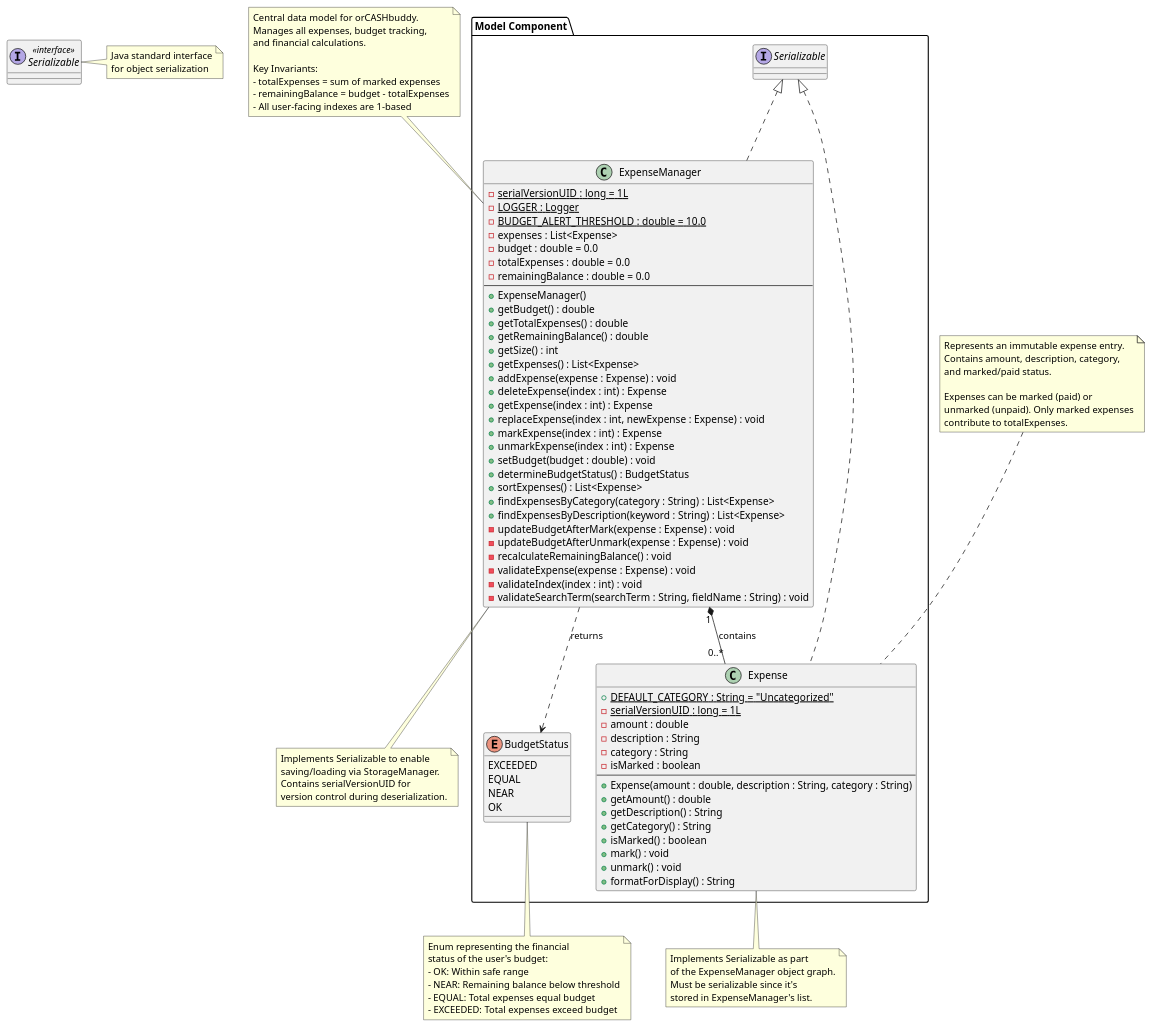
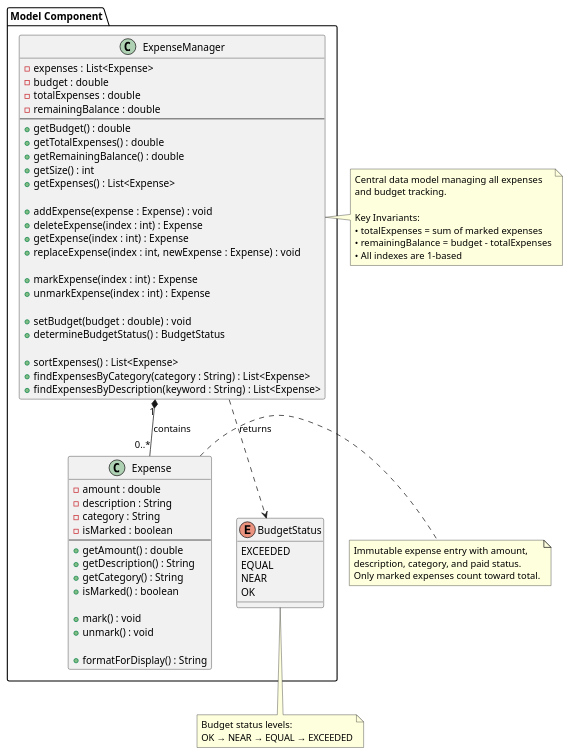
The diagram in docs/diagrams/model-component-class.puml (aydrienlaw/tp), drawn with PlantUML before and after one commit.

Commit message:
docs(developer-guide): refine model component class diagram

```diff
--- a/docs/diagrams/model-component-class.puml
+++ b/docs/diagrams/model-component-class.puml
@@ -1,119 +1,82 @@
 @startuml
 
-interface Serializable <<interface>> {
-}
-
 package "Model Component" {
-    class ExpenseManager implements Serializable {
-        - {static} serialVersionUID : long = 1L
-        - {static} LOGGER : Logger
-        - {static} BUDGET_ALERT_THRESHOLD : double = 10.0
+    class ExpenseManager {
         - expenses : List<Expense>
-        - budget : double = 0.0
-        - totalExpenses : double = 0.0
-        - remainingBalance : double = 0.0
+        - budget : double
+        - totalExpenses : double
+        - remainingBalance : double
         --
-        + ExpenseManager()
         + getBudget() : double
         + getTotalExpenses() : double
         + getRemainingBalance() : double
         + getSize() : int
         + getExpenses() : List<Expense>
+
         + addExpense(expense : Expense) : void
         + deleteExpense(index : int) : Expense
         + getExpense(index : int) : Expense
         + replaceExpense(index : int, newExpense : Expense) : void
+
         + markExpense(index : int) : Expense
         + unmarkExpense(index : int) : Expense
+
         + setBudget(budget : double) : void
         + determineBudgetStatus() : BudgetStatus
+
         + sortExpenses() : List<Expense>
         + findExpensesByCategory(category : String) : List<Expense>
         + findExpensesByDescription(keyword : String) : List<Expense>
-        - updateBudgetAfterMark(expense : Expense) : void
-        - updateBudgetAfterUnmark(expense : Expense) : void
-        - recalculateRemainingBalance() : void
-        - validateExpense(expense : Expense) : void
-        - validateIndex(index : int) : void
-        - validateSearchTerm(searchTerm : String, fieldName : String) : void
     }
 
-    class Expense implements Serializable {
-        + {static} DEFAULT_CATEGORY : String = "Uncategorized"
-        - {static} serialVersionUID : long = 1L
+    class Expense {
         - amount : double
         - description : String
         - category : String
         - isMarked : boolean
         --
-        + Expense(amount : double, description : String, category : String)
         + getAmount() : double
         + getDescription() : String
         + getCategory() : String
         + isMarked() : boolean
+
         + mark() : void
         + unmark() : void
+
         + formatForDisplay() : String
     }
 
     enum BudgetStatus {
         EXCEEDED
         EQUAL
         NEAR
         OK
     }
 }
 
+' Relationships
 ExpenseManager "1" *-- "0..*" Expense : contains
 ExpenseManager ..> BudgetStatus : returns
 
-note right of Serializable
-  Java standard interface
-  for object serialization
+note right of ExpenseManager
+  Central data model managing all expenses
+  and budget tracking.
+
+  Key Invariants:
+  • totalExpenses = sum of marked expenses
+  • remainingBalance = budget - totalExpenses
+  • All indexes are 1-based
 end note
 
-note top of ExpenseManager
-  Central data model for orCASHbuddy.
-  Manages all expenses, budget tracking,
-  and financial calculations.
-  
-  Key Invariants:
-  - totalExpenses = sum of marked expenses
-  - remainingBalance = budget - totalExpenses
-  - All user-facing indexes are 1-based
-end note
-
-note bottom of ExpenseManager
-  Implements Serializable to enable
-  saving/loading via StorageManager.
-  Contains serialVersionUID for
-  version control during deserialization.
-end note
-
-note top of Expense
-  Represents an immutable expense entry.
-  Contains amount, description, category,
-  and marked/paid status.
-  
-  Expenses can be marked (paid) or
-  unmarked (unpaid). Only marked expenses
-  contribute to totalExpenses.
-end note
-
-note bottom of Expense
-  Implements Serializable as part
-  of the ExpenseManager object graph.
-  Must be serializable since it's
-  stored in ExpenseManager's list.
+note right of Expense
+  Immutable expense entry with amount,
+  description, category, and paid status.
+  Only marked expenses count toward total.
 end note
 
 note bottom of BudgetStatus
-  Enum representing the financial
-  status of the user's budget:
-  - OK: Within safe range
-  - NEAR: Remaining balance below threshold
-  - EQUAL: Total expenses equal budget
-  - EXCEEDED: Total expenses exceed budget
+  Budget status levels:
+  OK → NEAR → EQUAL → EXCEEDED
 end note
 
 @enduml
```
